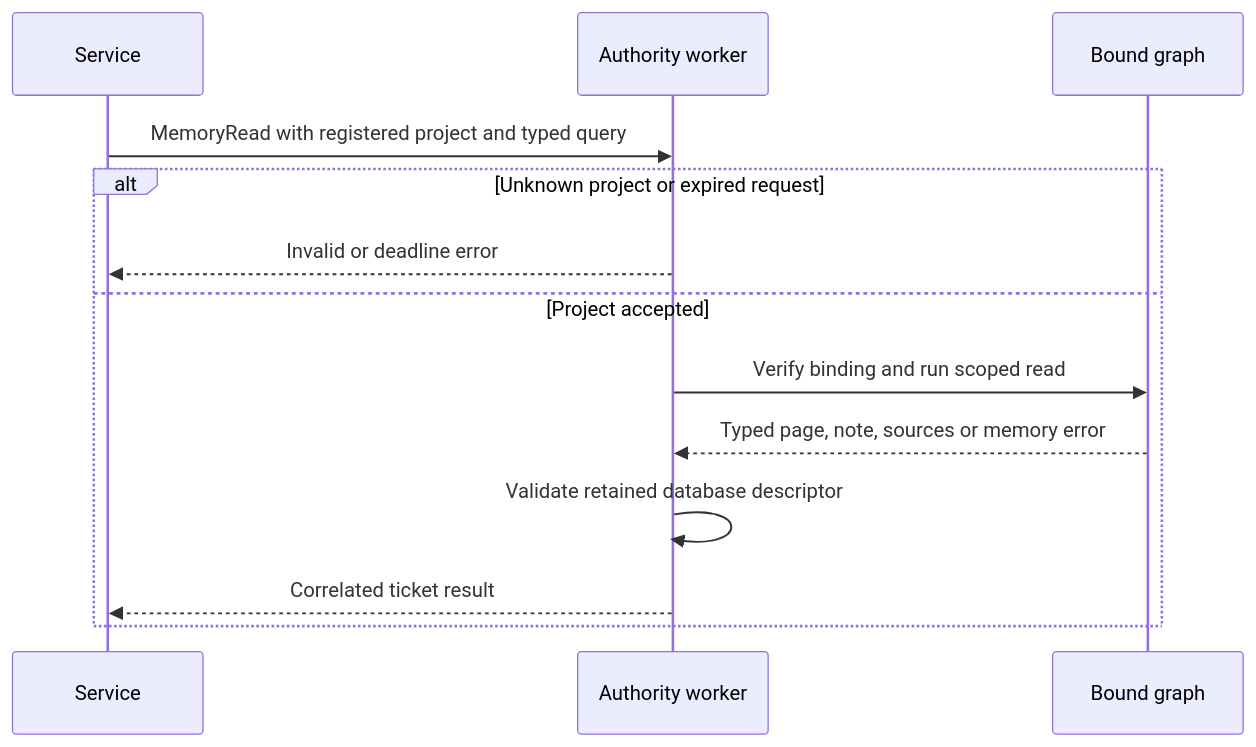
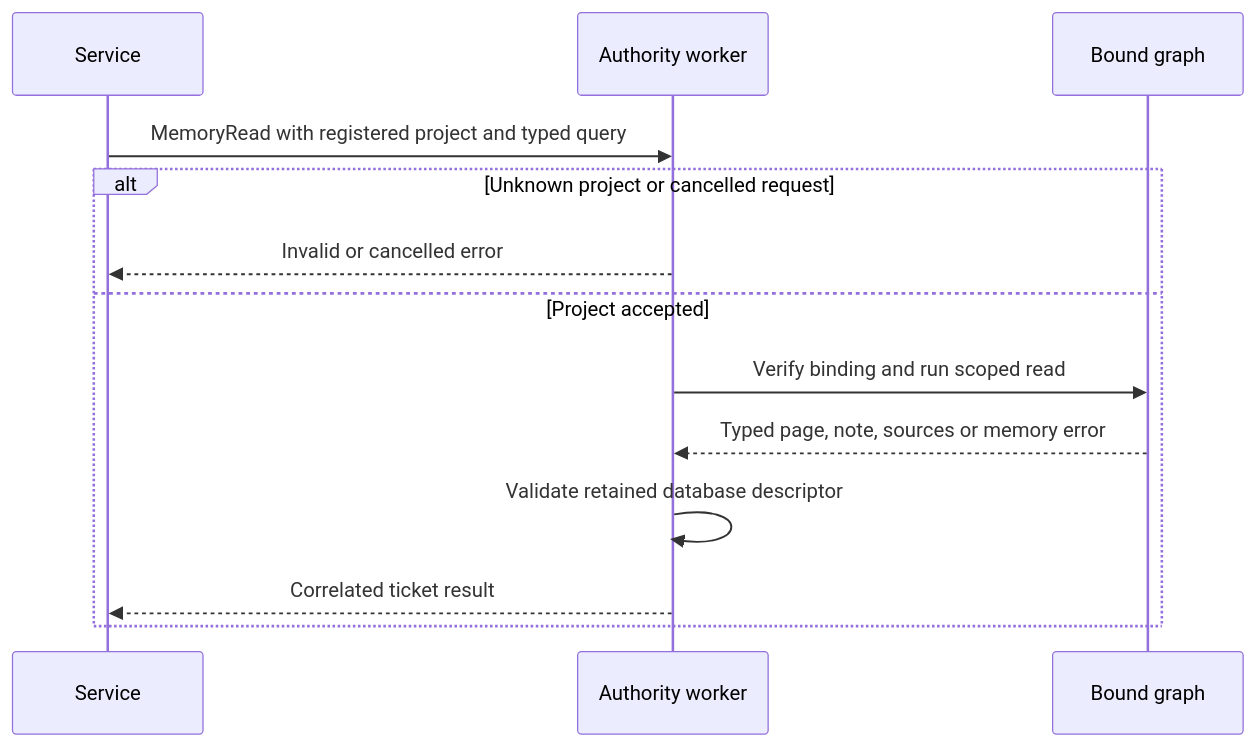
Before and after one commit to pidster/asura: diagram 17 of 20 in docs/designs/hybrid-memory-ontology.md, drawn with Mermaid. The commit also changed other lines of this file and 39 other files, not shown here.

````diff
--- a/docs/designs/hybrid-memory-ontology.md
+++ b/docs/designs/hybrid-memory-ontology.md
@@ -1652,15 +1652,15 @@
 ```mermaid
 sequenceDiagram
     participant S as Service
     participant W as Authority worker
     participant G as Bound graph
     S->>W: MemoryRead with registered project and typed query
-    alt Unknown project or expired request
-        W-->>S: Invalid or deadline error
+    alt Unknown project or cancelled request
+        W-->>S: Invalid or cancelled error
     else Project accepted
         W->>G: Verify binding and run scoped read
         G-->>W: Typed page, note, sources or memory error
         W->>W: Validate retained database descriptor
         W-->>S: Correlated ticket result
     end
 ```
````
